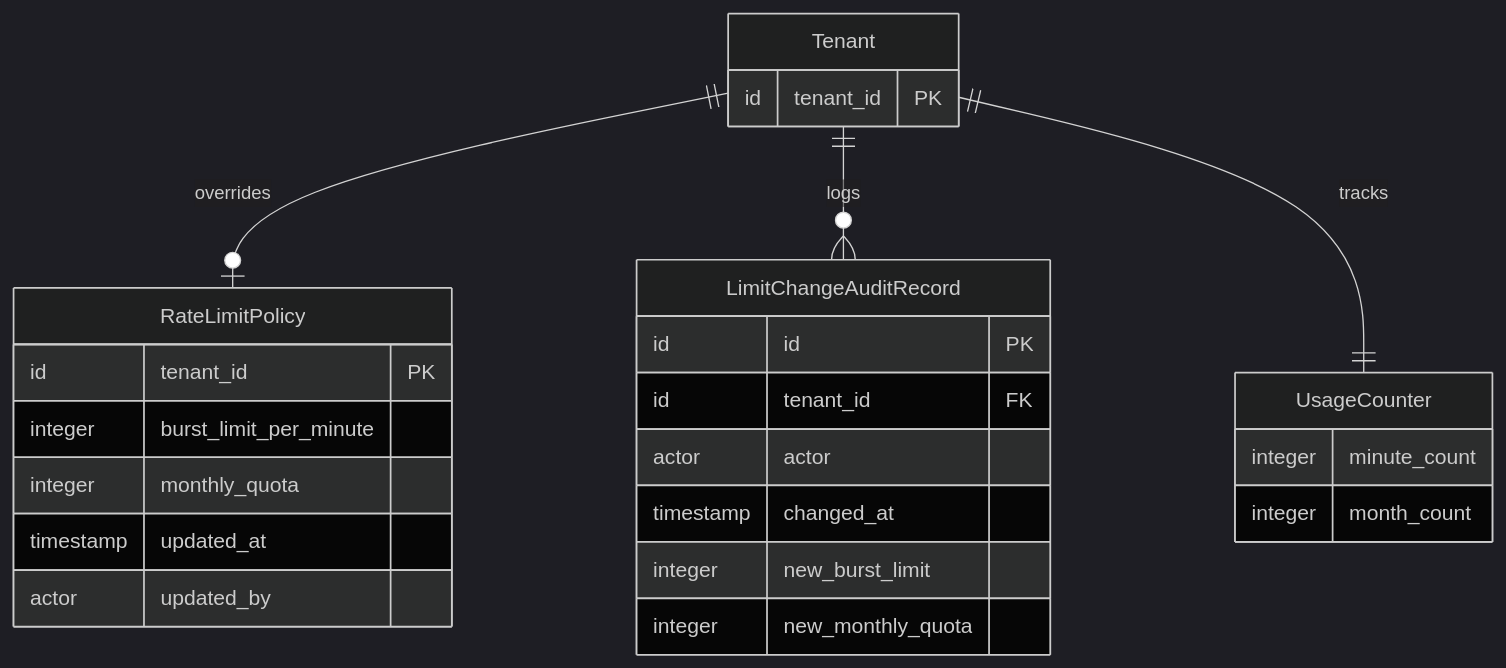
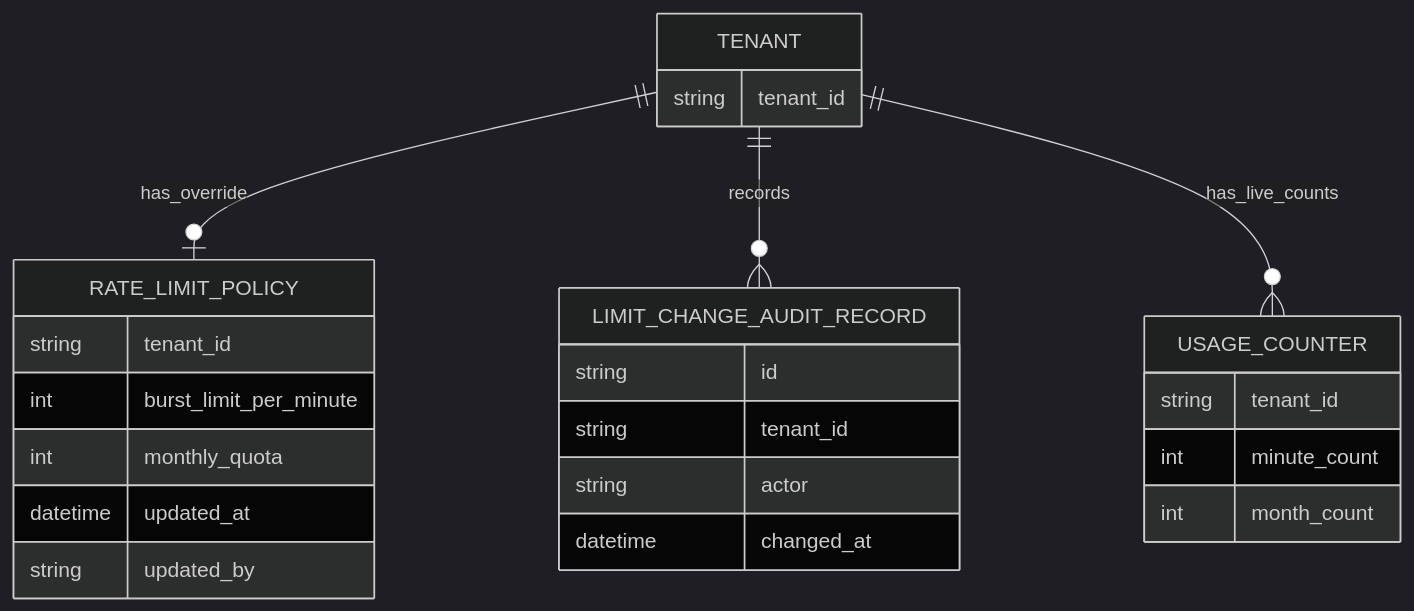
One commit to d0whc3r/spec-kit-product changed the second of 5 diagrams in examples/specs/001-tenant-rate-limiting/product/30-design.md. Above: the diagram before and after it, drawn with Mermaid (dark theme). The commit also changed other lines of this file and 5 other files, not shown here.

First line of the commit message:
Refactor technical design and checklist for Per-Tenant API Rate Limiting feature

````diff
--- a/examples/specs/001-tenant-rate-limiting/product/30-design.md
+++ b/examples/specs/001-tenant-rate-limiting/product/30-design.md
@@ -137,28 +146,27 @@
 ```mermaid
 erDiagram
-    Tenant ||--o| RateLimitPolicy : overrides
-    Tenant ||--o{ LimitChangeAuditRecord : logs
-    Tenant ||--|| UsageCounter : tracks
-    Tenant {
-        id tenant_id PK
+    TENANT ||--o| RATE_LIMIT_POLICY : has_override
+    TENANT ||--o{ LIMIT_CHANGE_AUDIT_RECORD : records
+    TENANT ||--o{ USAGE_COUNTER : has_live_counts
+    TENANT {
+        string tenant_id
     }
-    RateLimitPolicy {
-        id tenant_id PK
-        integer burst_limit_per_minute
-        integer monthly_quota
-        timestamp updated_at
-        actor updated_by
+    RATE_LIMIT_POLICY {
+        string tenant_id
+        int burst_limit_per_minute
+        int monthly_quota
+        datetime updated_at
+        string updated_by
     }
-    LimitChangeAuditRecord {
-        id id PK
-        id tenant_id FK
-        actor actor
-        timestamp changed_at
-        integer new_burst_limit
-        integer new_monthly_quota
+    LIMIT_CHANGE_AUDIT_RECORD {
+        string id
+        string tenant_id
+        string actor
+        datetime changed_at
     }
-    UsageCounter {
-        integer minute_count
-        integer month_count
+    USAGE_COUNTER {
+        string tenant_id
+        int minute_count
+        int month_count
     }
 ```
````
